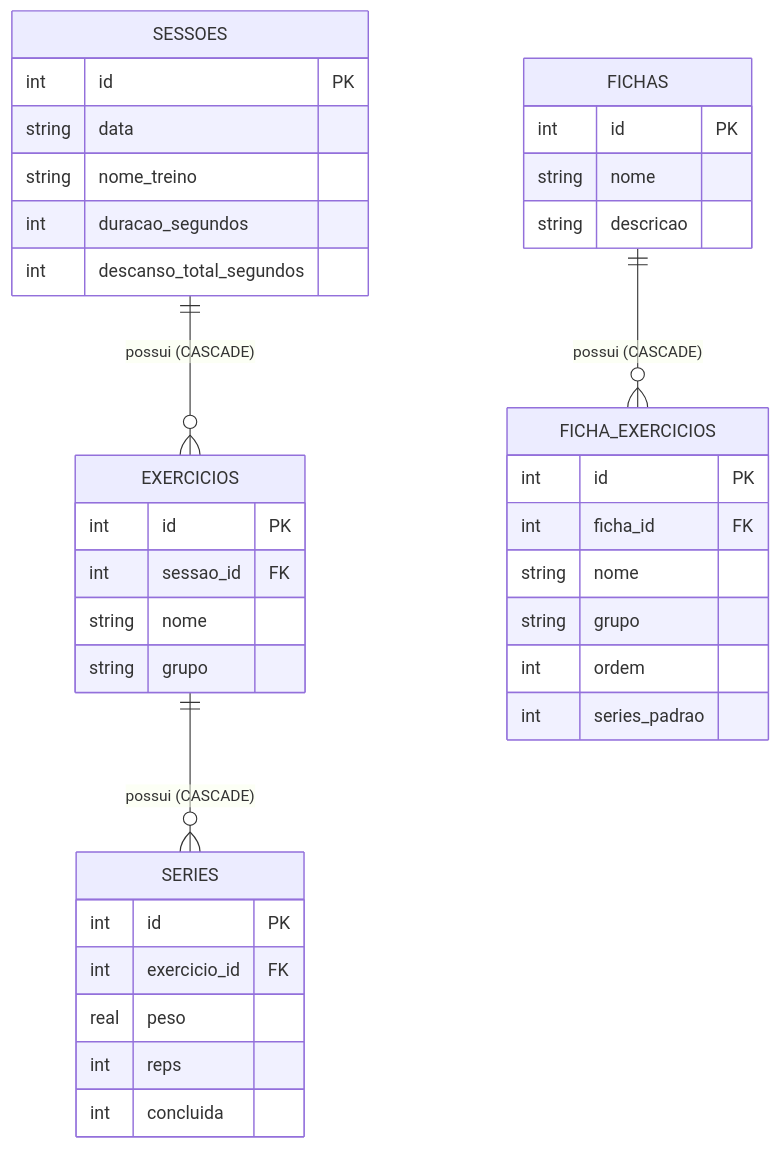
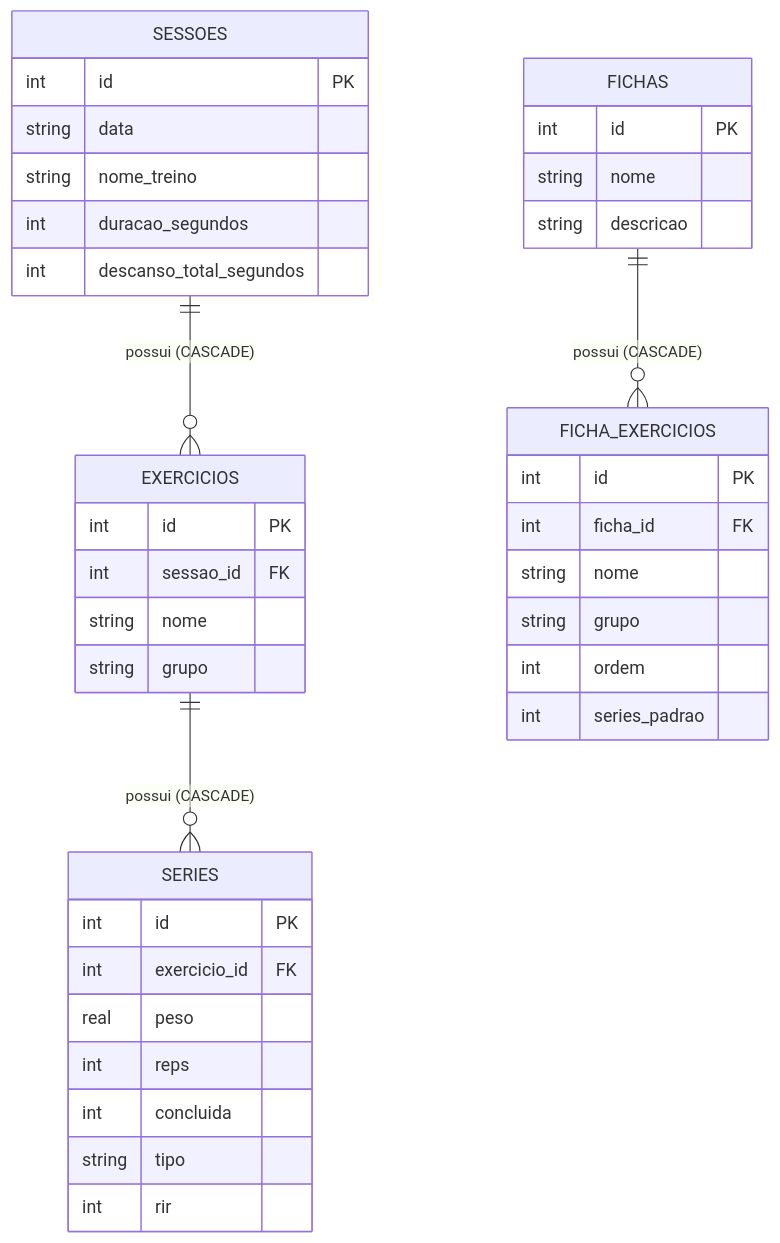
The second of 2 diagrams in docs/ARQUITETURA.md (Luan-Diniz02/Gym_Saiyajin), drawn with Mermaid before and after one commit. The commit also changed other lines of this file and 6 other files, not shown here.

````diff
--- a/docs/ARQUITETURA.md
+++ b/docs/ARQUITETURA.md
@@ -69,44 +69,46 @@
 ```mermaid
 erDiagram
     SESSOES ||--o{ EXERCICIOS : "possui (CASCADE)"
     EXERCICIOS ||--o{ SERIES : "possui (CASCADE)"
     FICHAS ||--o{ FICHA_EXERCICIOS : "possui (CASCADE)"
 
     SESSOES {
         int id PK
         string data
         string nome_treino
         int duracao_segundos
         int descanso_total_segundos
     }
 
     EXERCICIOS {
         int id PK
         int sessao_id FK
         string nome
         string grupo
     }
 
     SERIES {
         int id PK
         int exercicio_id FK
         real peso
         int reps
         int concluida
+        string tipo
+        int rir
     }
 
     FICHAS {
         int id PK
         string nome
         string descricao
     }
 
     FICHA_EXERCICIOS {
         int id PK
         int ficha_id FK
         string nome
         string grupo
         int ordem
         int series_padrao
     }
 ```
````
